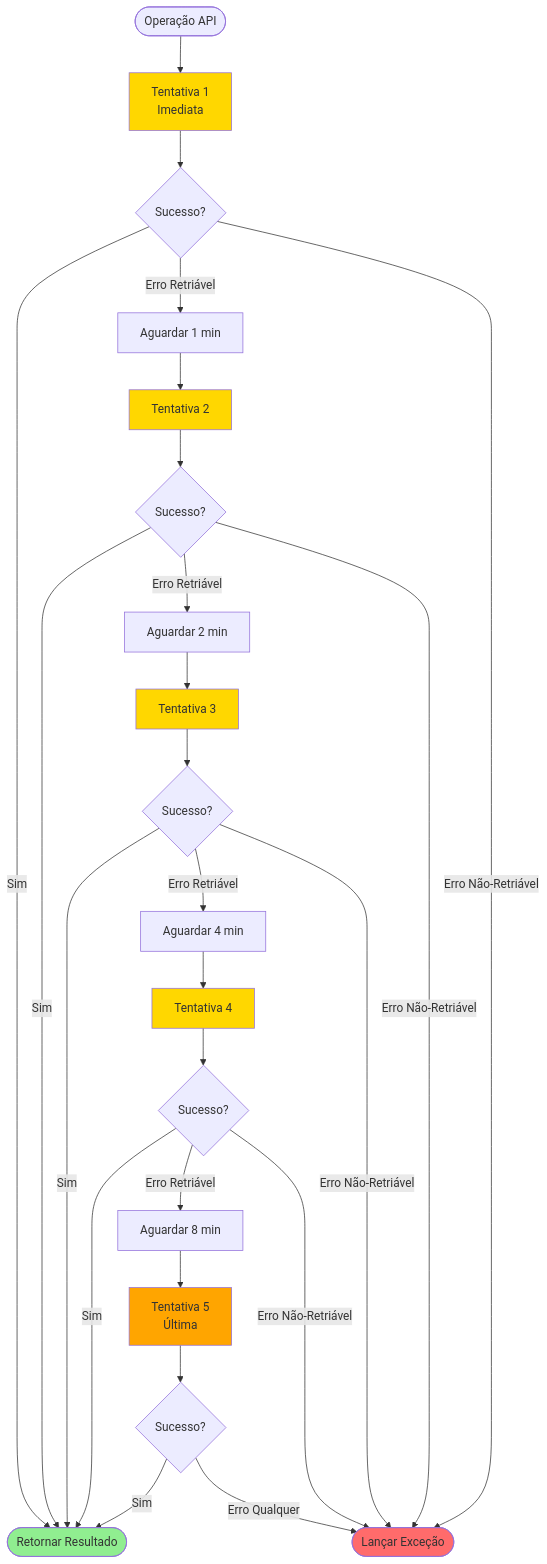
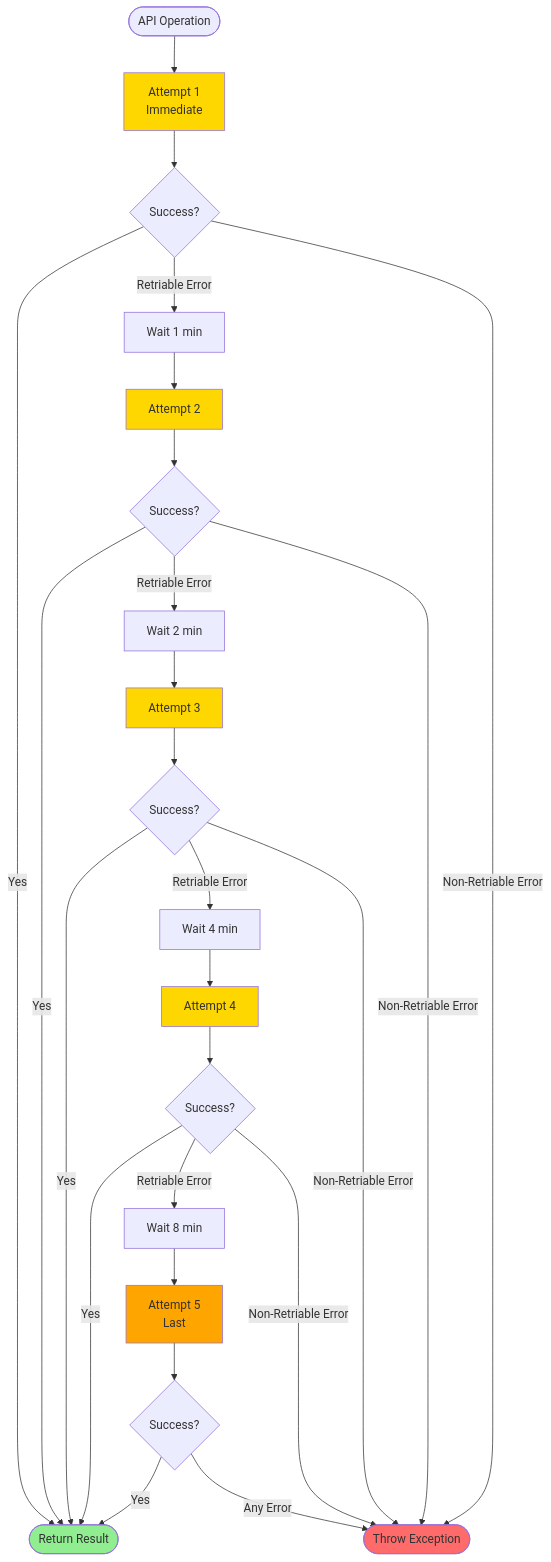
One commit to rcaran/stark-bank-challenge changed the seventh of 8 diagrams in docs/challenge.md. Above: the diagram before and after it, drawn with Mermaid. The commit also changed other lines of this file and 13 other files, not shown here.

````diff
--- a/docs/challenge.md
+++ b/docs/challenge.md
@@ -648,39 +645,39 @@
 ```mermaid
 graph TB
-    Start([Operação API]) --> Try1[Tentativa 1\nImediata]
-    Try1 --> Check1{Sucesso?}
-    Check1 -->|Sim| Success([Retornar Resultado])
-    Check1 -->|Erro Retriável| Wait1[Aguardar 1 min]
-    Check1 -->|Erro Não-Retriável| Fail([Lançar Exceção])
+    Start([API Operation]) --> Try1[Attempt 1\nImmediate]
+    Try1 --> Check1{Success?}
+    Check1 -->|Yes| Success([Return Result])
+    Check1 -->|Retriable Error| Wait1[Wait 1 min]
+    Check1 -->|Non-Retriable Error| Fail([Throw Exception])
     
-    Wait1 --> Try2[Tentativa 2]
-    Try2 --> Check2{Sucesso?}
-    Check2 -->|Sim| Success
-    Check2 -->|Erro Retriável| Wait2[Aguardar 2 min]
-    Check2 -->|Erro Não-Retriável| Fail
+    Wait1 --> Try2[Attempt 2]
+    Try2 --> Check2{Success?}
+    Check2 -->|Yes| Success
+    Check2 -->|Retriable Error| Wait2[Wait 2 min]
+    Check2 -->|Non-Retriable Error| Fail
     
-    Wait2 --> Try3[Tentativa 3]
-    Try3 --> Check3{Sucesso?}
-    Check3 -->|Sim| Success
-    Check3 -->|Erro Retriável| Wait3[Aguardar 4 min]
-    Check3 -->|Erro Não-Retriável| Fail
+    Wait2 --> Try3[Attempt 3]
+    Try3 --> Check3{Success?}
+    Check3 -->|Yes| Success
+    Check3 -->|Retriable Error| Wait3[Wait 4 min]
+    Check3 -->|Non-Retriable Error| Fail
     
-    Wait3 --> Try4[Tentativa 4]
-    Try4 --> Check4{Sucesso?}
-    Check4 -->|Sim| Success
-    Check4 -->|Erro Retriável| Wait4[Aguardar 8 min]
-    Check4 -->|Erro Não-Retriável| Fail
+    Wait3 --> Try4[Attempt 4]
+    Try4 --> Check4{Success?}
+    Check4 -->|Yes| Success
+    Check4 -->|Retriable Error| Wait4[Wait 8 min]
+    Check4 -->|Non-Retriable Error| Fail
     
-    Wait4 --> Try5[Tentativa 5\nÚltima]
-    Try5 --> Check5{Sucesso?}
-    Check5 -->|Sim| Success
-    Check5 -->|Erro Qualquer| Fail
+    Wait4 --> Try5[Attempt 5\nLast]
+    Try5 --> Check5{Success?}
+    Check5 -->|Yes| Success
+    Check5 -->|Any Error| Fail
     
     style Success fill:#90EE90
     style Fail fill:#FF6B6B
     style Try1 fill:#FFD700
     style Try2 fill:#FFD700
     style Try3 fill:#FFD700
     style Try4 fill:#FFD700
     style Try5 fill:#FFA500
 ```
````
